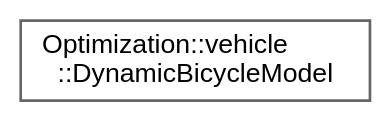
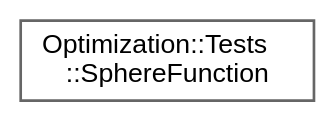
Before and after one commit to jswoo0615/Algorithms_for_Optimization_cpp: the diagram in inherit_graph_90.dot, drawn with Graphviz. The commit also changed 109 other files, not shown here.

```diff
--- a/inherit_graph_90.dot
+++ b/inherit_graph_90.dot
@@ -1,9 +1,9 @@
 digraph "Graphical Class Hierarchy"
 {
  // LATEX_PDF_SIZE
   bgcolor="transparent";
   edge [fontname=Helvetica,fontsize=10,labelfontname=Helvetica,labelfontsize=10];
   node [fontname=Helvetica,fontsize=10,shape=box,height=0.2,width=0.4];
   rankdir="LR";
-  Node0 [id="Node000000",label="Optimization::vehicle\l::DynamicBicycleModel",height=0.2,width=0.4,color="grey40", fillcolor="white", style="filled",URL="$structOptimization_1_1vehicle_1_1DynamicBicycleModel.html",tooltip="Dynamic Bicycle Model (6-State, 2-Control)"];
+  Node0 [id="Node000000",label="Optimization::Tests\l::SphereFunction",height=0.2,width=0.4,color="grey40", fillcolor="white", style="filled",URL="$structOptimization_1_1Tests_1_1SphereFunction.html",tooltip=" "];
 }
```
